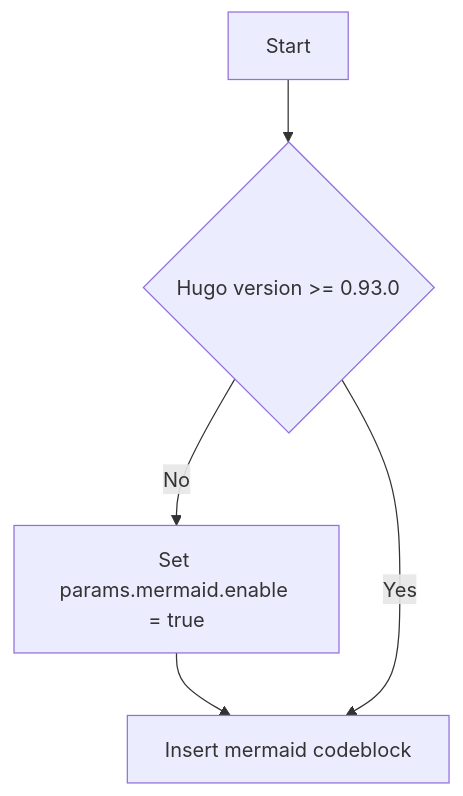
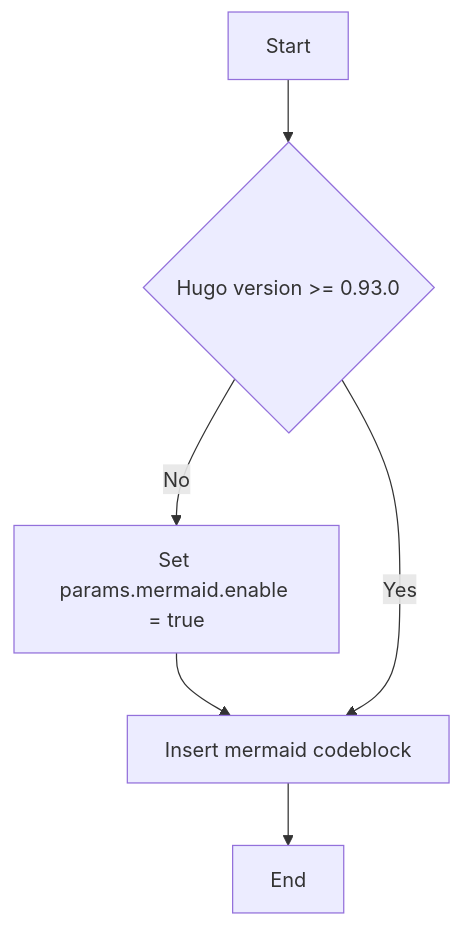
Before and after one commit to FrankJMB/docsy-tinacms: the diagram in content/en/docs/Getting started/example-page - Mermaid.md, drawn with Mermaid.

Commit message:
update mermaid

````diff
--- a/content/en/docs/Getting started/example-page - Mermaid.md
+++ b/content/en/docs/Getting started/example-page - Mermaid.md
@@ -60,7 +60,8 @@
 ```mermaid
 graph TD
   Start --> Need{"Hugo version >= 0.93.0"}
   Need -- No --> Off["Set params.mermaid.enable = true"]
   Off --> Author
   Need -- Yes --> Author[Insert mermaid codeblock]
+  Author --> End
 ```
````
